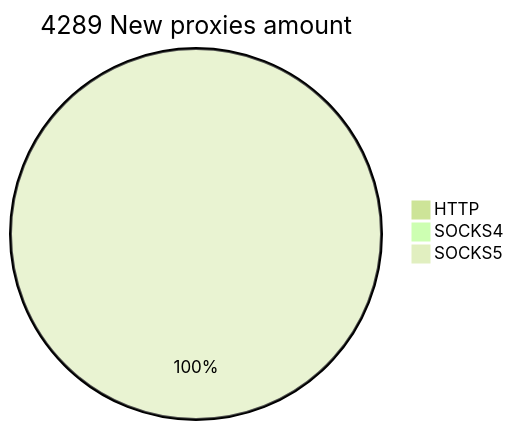
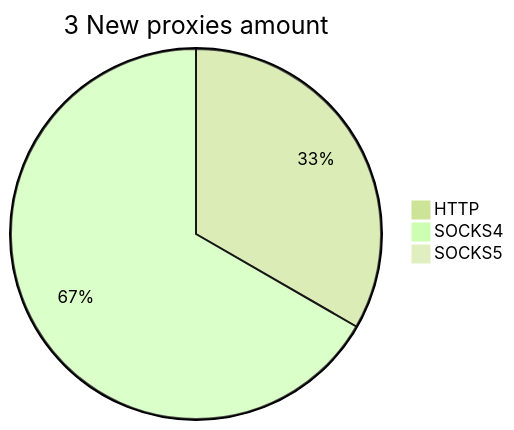
One commit to cutipu/proxylist changed the second of 2 diagrams in README.md. Above: the diagram before and after it, drawn with Mermaid (forest theme). The commit also changed other lines of this file, not shown here.

````diff
--- a/README.md
+++ b/README.md
@@ -10,6 +10,6 @@
 ```mermaid
-pie title 4289 New proxies amount
-    "HTTP" : 0
-    "SOCKS4" : 0
-    "SOCKS5" : 4289
+pie title 3 New proxies amount
+    "HTTP" : 1
+    "SOCKS4" : 2
+    "SOCKS5" : 0
 ```
````
